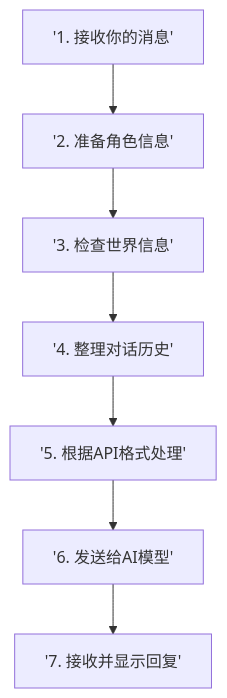
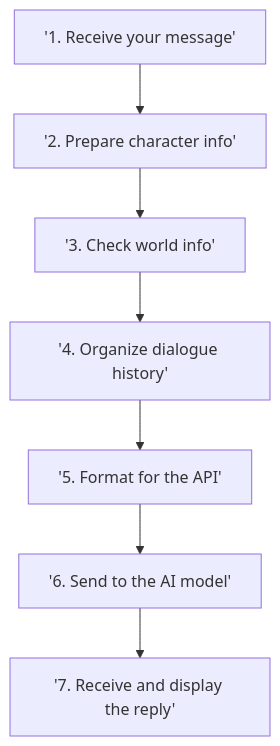
Before and after one commit to thesavant42/intro-to-silly-tavern-prompts: the sixth of 10 diagrams in README.md, drawn with Mermaid. The commit also changed other lines of this file, not shown here.

````diff
--- a/README.md
+++ b/README.md
@@ -217,10 +217,10 @@
 ```mermaid
 flowchart TD
-    A['1. 接收你的消息'] --> B['2. 准备角色信息']
-    B --> C['3. 检查世界信息']
-    C --> D['4. 整理对话历史']
-    D --> E['5. 根据API格式处理']
-    E --> F['6. 发送给AI模型']
-    F --> G['7. 接收并显示回复']
+    A['1. Receive your message'] --> B['2. Prepare character info']
+    B --> C['3. Check world info']
+    C --> D['4. Organize dialogue history']
+    D --> E['5. Format for the API']
+    E --> F['6. Send to the AI model']
+    F --> G['7. Receive and display the reply']
     
 ```
````
